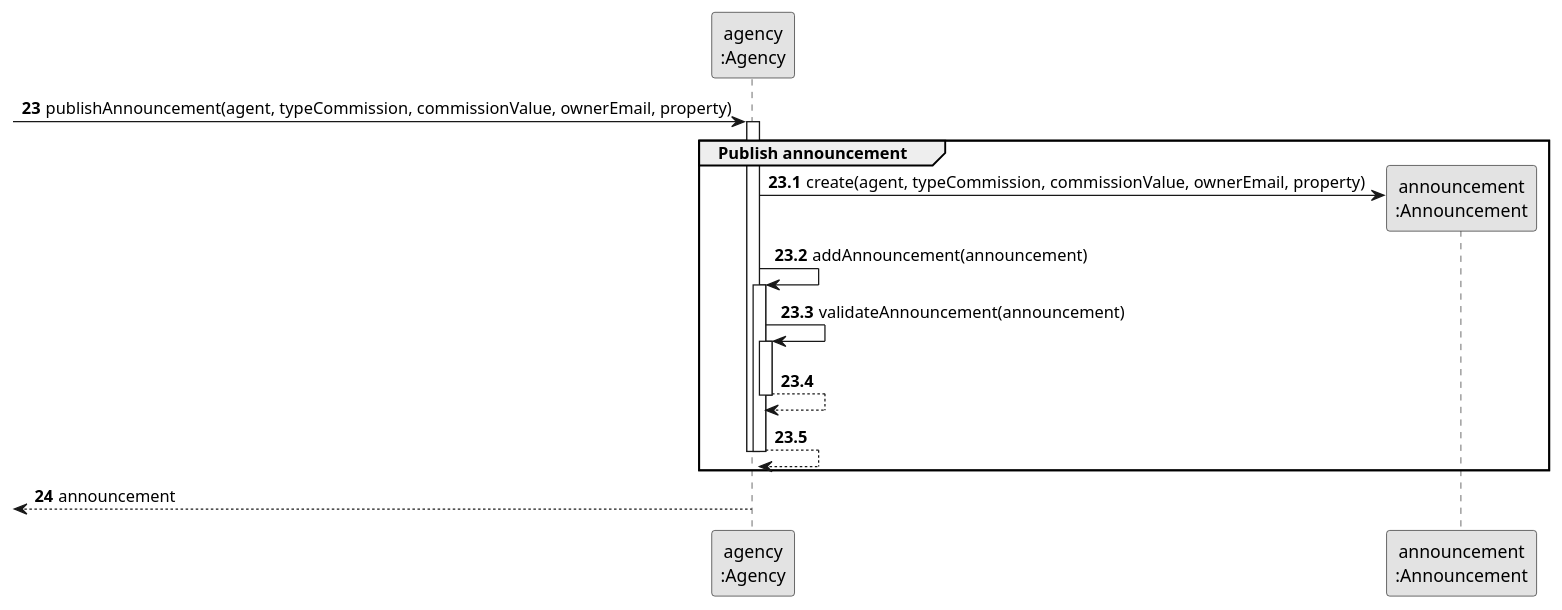
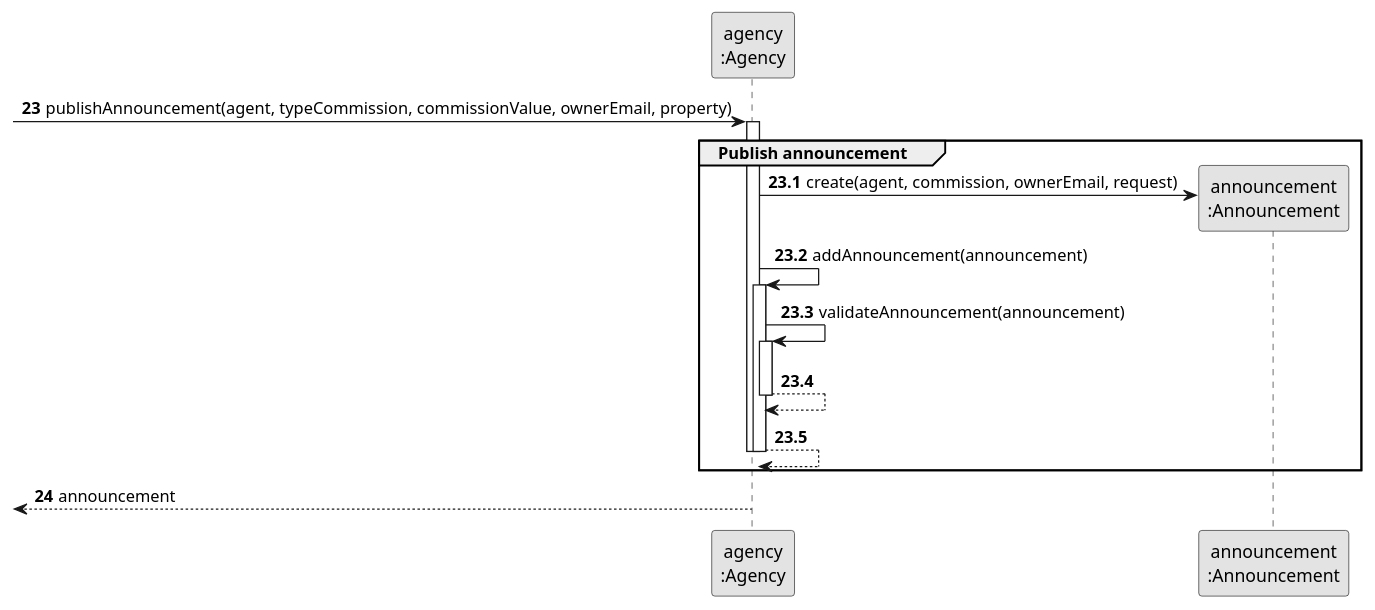
Before and after one commit to rita-barbosa/LAPR2-2223: the diagram in docs/sprintB/us002/03.design/puml/us002-sequence-diagram-partial-publish-announcement.puml, drawn with PlantUML. The commit also changed 8 other files, not shown here.

Commit message:
Update of sequence diagram [US002][Design]

```diff
--- a/docs/sprintB/us002/03.design/puml/us002-sequence-diagram-partial-publish-announcement.puml
+++ b/docs/sprintB/us002/03.design/puml/us002-sequence-diagram-partial-publish-announcement.puml
@@ -1,40 +1,40 @@
 @startuml
 skinparam monochrome true
 skinparam packageStyle rectangle
 skinparam shadowing false\
 
 
 participant "agency\n:Agency" as AGENCY
 participant "announcement\n:Announcement" as AD
 
 
 autonumber 23
 
              -> AGENCY : publishAnnouncement(agent, typeCommission, commissionValue, ownerEmail, property)
              activate AGENCY
 
 autonumber 23.1
 
     group Publish announcement
 
 
-                AGENCY -> AD**: create(agent, typeCommission, commissionValue, ownerEmail, property)
+                AGENCY -> AD**: create(agent, commission, ownerEmail, request)
                 AGENCY -> AGENCY: addAnnouncement(announcement)
 
                 activate AGENCY
                     AGENCY -> AGENCY: validateAnnouncement(announcement)
                     activate AGENCY
                         AGENCY --> AGENCY
                     deactivate AGENCY
 
                     AGENCY --> AGENCY
                 deactivate AGENCY
 
             deactivate AGENCY
     end
 
 autonumber 24
 
     <-- AGENCY : announcement
 
 @enduml
```
